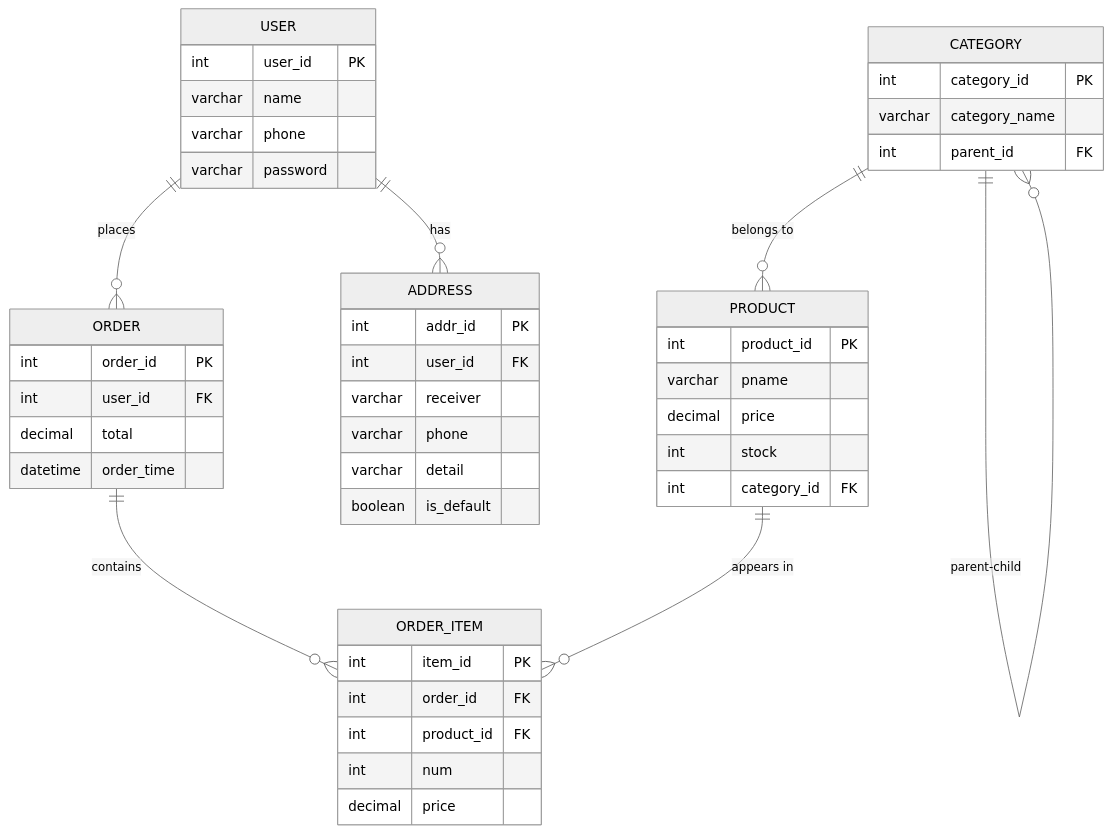
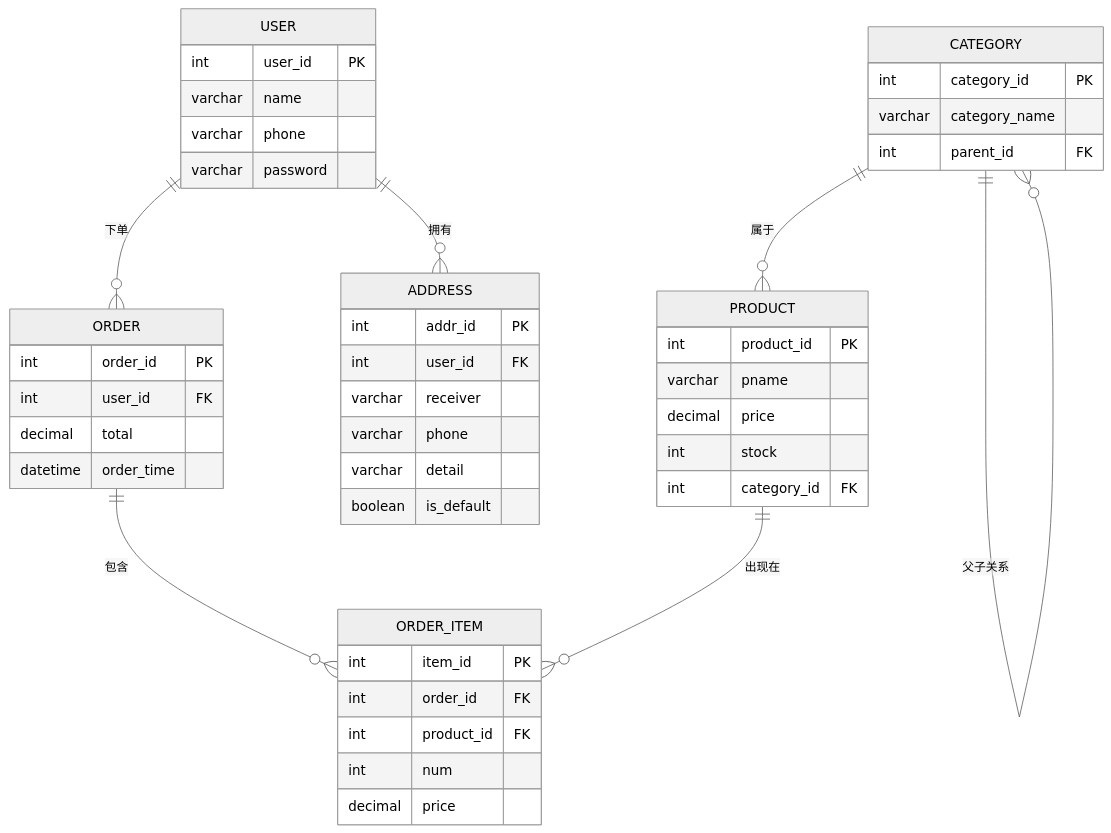
Before and after one commit to FateDefier/Database-Design: the diagram in README.md, drawn with Mermaid (neutral theme). The commit also changed other lines of this file and 5 other files, not shown here.

````diff
--- a/README.md
+++ b/README.md
@@ -36,54 +34,54 @@
 ```mermaid
 erDiagram
     USER {
         int user_id PK
         varchar name
         varchar phone
         varchar password
     }
 
     PRODUCT {
         int product_id PK
         varchar pname
         decimal price
         int stock
         int category_id FK
     }
 
     ORDER {
         int order_id PK
         int user_id FK
         decimal total
         datetime order_time
     }
 
     ORDER_ITEM {
         int item_id PK
         int order_id FK
         int product_id FK
         int num
         decimal price
     }
 
     ADDRESS {
         int addr_id PK
         int user_id FK
         varchar receiver
         varchar phone
         varchar detail
         boolean is_default
     }
 
     CATEGORY {
         int category_id PK
         varchar category_name
         int parent_id FK
     }
 
-    USER ||--o{ ORDER : "places"
-    USER ||--o{ ADDRESS : "has"
-    ORDER ||--o{ ORDER_ITEM : "contains"
-    PRODUCT ||--o{ ORDER_ITEM : "appears in"
-    CATEGORY ||--o{ PRODUCT : "belongs to"
-    CATEGORY ||--o{ CATEGORY : "parent-child"
+    USER ||--o{ ORDER : "下单"
+    USER ||--o{ ADDRESS : "拥有"
+    ORDER ||--o{ ORDER_ITEM : "包含"
+    PRODUCT ||--o{ ORDER_ITEM : "出现在"
+    CATEGORY ||--o{ PRODUCT : "属于"
+    CATEGORY ||--o{ CATEGORY : "父子关系"
 ```
````
